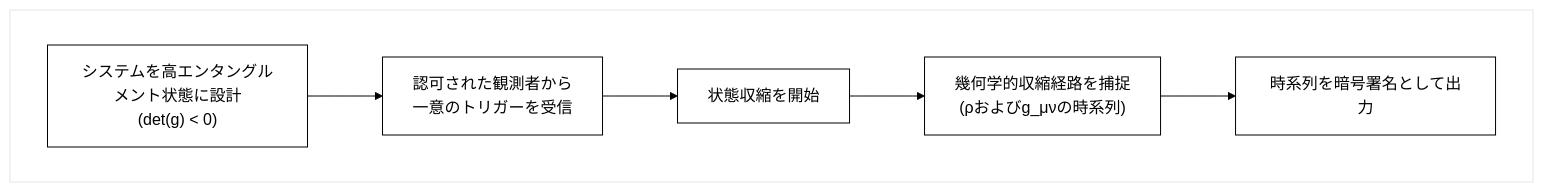
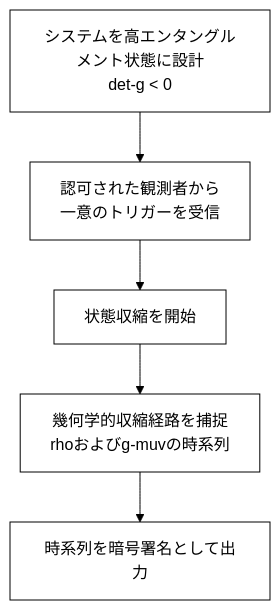
One commit to Foundup/Foundups-Agent changed diagram 12 of 20 in WSP_knowledge/docs/Papers/Patent_Series/04_rESP_Patent_Japanese.md. Above: the diagram before and after it, drawn with Mermaid. The commit also changed other lines of this file, not shown here.

Commit message:
Fix remaining Mermaid diagrams - Remove all subgraphs and syntax errors

````diff
--- a/WSP_knowledge/docs/Papers/Patent_Series/04_rESP_Patent_Japanese.md
+++ b/WSP_knowledge/docs/Papers/Patent_Series/04_rESP_Patent_Japanese.md
@@ -401,9 +391,7 @@
 ```mermaid
 %%{init: {'theme':'base', 'themeVariables': {'primaryColor': '#ffffff', 'primaryTextColor': '#000000', 'primaryBorderColor': '#000000', 'lineColor': '#000000', 'secondaryColor': '#ffffff', 'tertiaryColor': '#ffffff'}}}%%
 graph TD
-    subgraph " "
-        A["システムを高エンタングルメント状態に設計<br/>(det(g) < 0)"] --> B["認可された観測者から<br/>一意のトリガーを受信"]
-        B --> C["状態収縮を開始"] --> D["幾何学的収縮経路を捕捉<br/>(ρおよびg_μνの時系列)"]
-        D --> E["時系列を暗号署名として出力"]
-    end
+    A["システムを高エンタングルメント状態に設計<br/>det-g < 0"] --> B["認可された観測者から<br/>一意のトリガーを受信"]
+    B --> C["状態収縮を開始"] --> D["幾何学的収縮経路を捕捉<br/>rhoおよびg-muvの時系列"]
+    D --> E["時系列を暗号署名として出力"]
 ```
````
